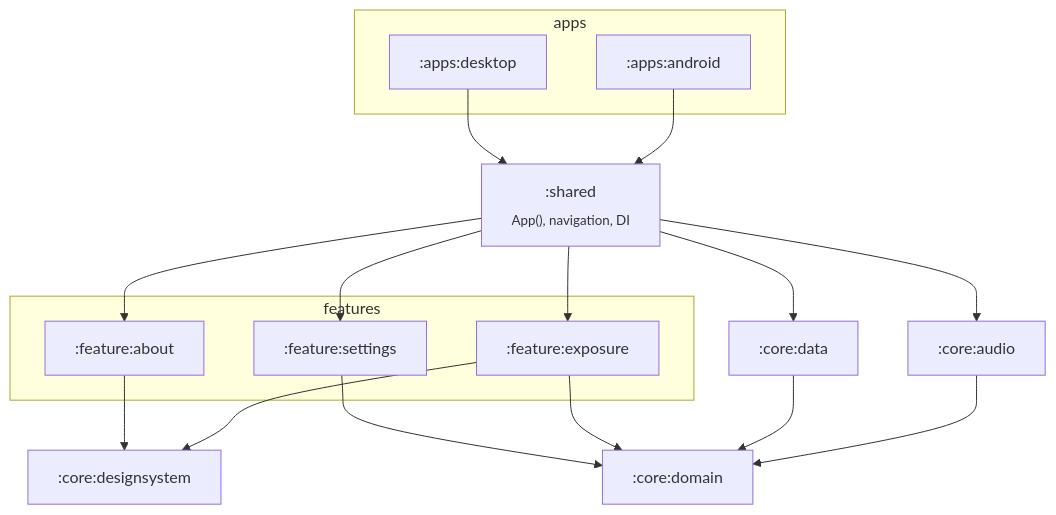
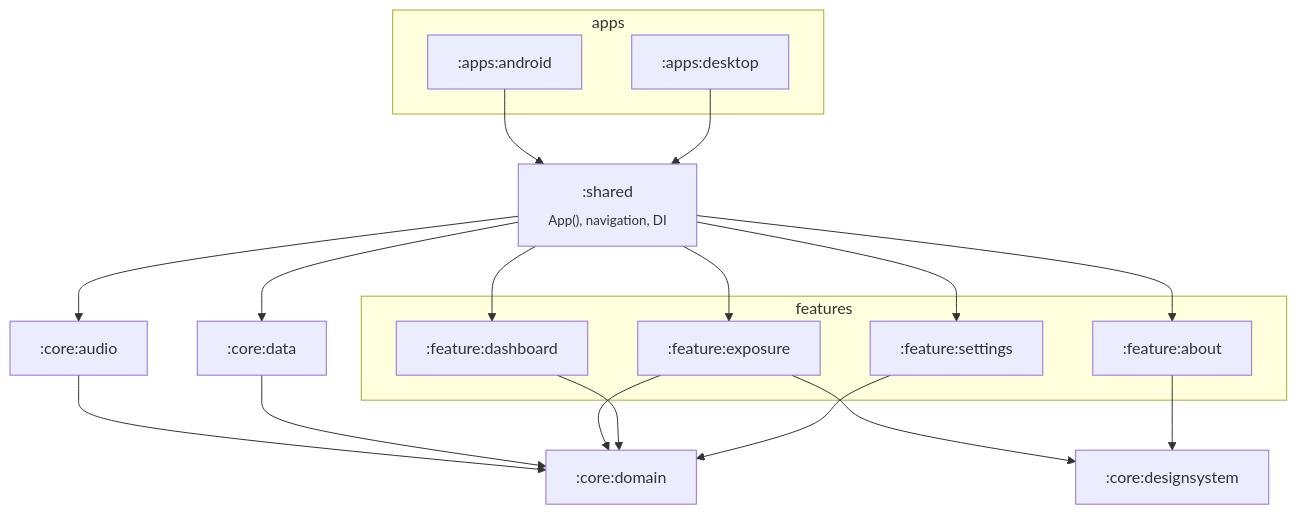
The first of 2 diagrams in docs/architecture.md (JeanCarloLond/WHLambda), drawn with Mermaid before and after one commit. The commit also changed other lines of this file and 1 other file, not shown here.

Commit message:
📝 docs: add the dashboard to the readme and architecture guide

````diff
--- a/docs/architecture.md
+++ b/docs/architecture.md
@@ -10,30 +10,33 @@
 ```mermaid
 flowchart TB
     subgraph apps
         android[":apps:android"]
         desktop[":apps:desktop"]
     end
     shared[":shared<br/><sub>App(), navigation, DI</sub>"]
     subgraph features
+        dashboard[":feature:dashboard"]
         exposure[":feature:exposure"]
         settings[":feature:settings"]
         about[":feature:about"]
     end
     designsystem[":core:designsystem"]
     domain[":core:domain"]
     data[":core:data"]
 
     android --> shared
     desktop --> shared
+    shared --> dashboard
     shared --> exposure
     shared --> settings
     shared --> about
     shared --> data
     shared --> audio[":core:audio"]
     audio --> domain
     data --> domain
     exposure --> designsystem
     exposure --> domain
+    dashboard --> domain
     settings --> domain
     about --> designsystem
 ```
````
